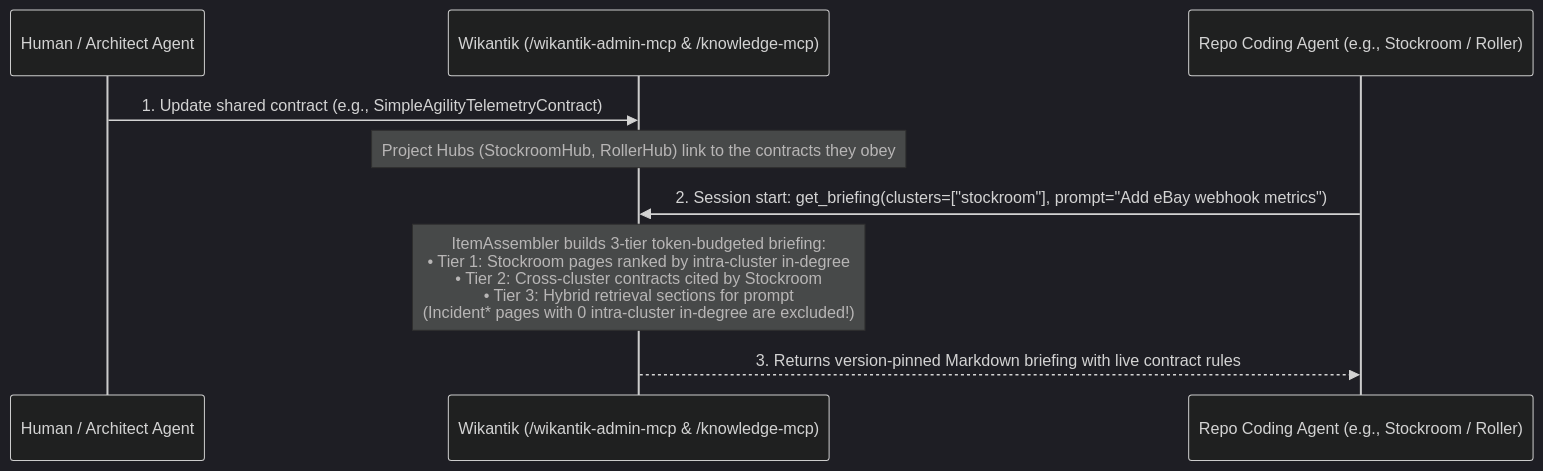
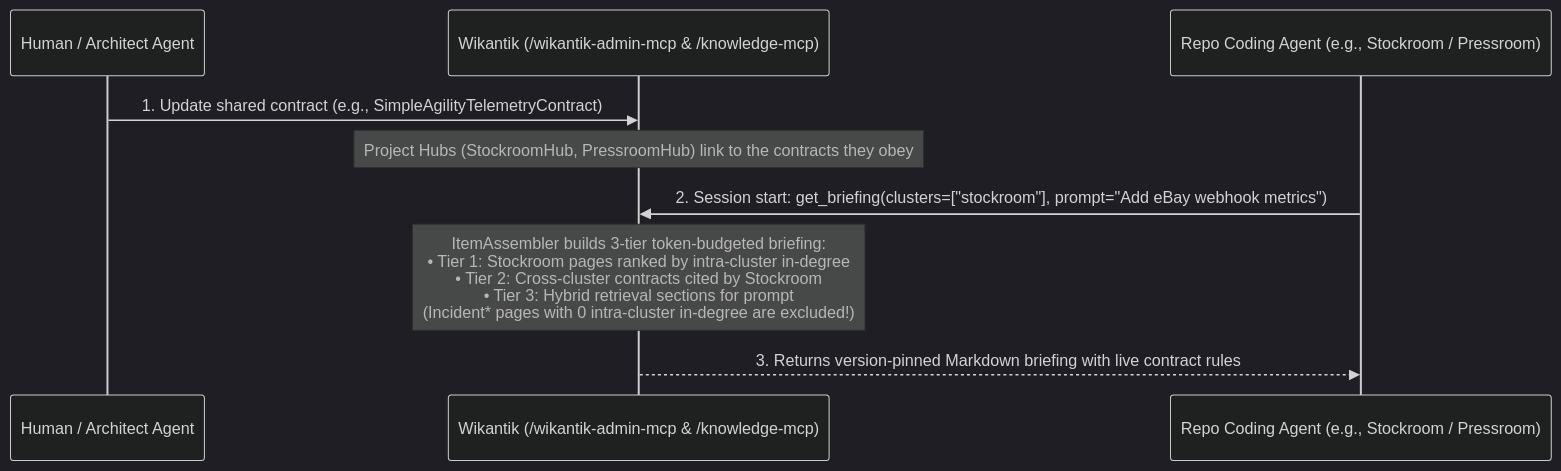
The second of 4 diagrams in docs/wikantik-pages/About.md (jakefearsd/wikantik), drawn with Mermaid (dark theme) before and after one commit. The commit also changed other lines of this file and 3 other files, not shown here.

````diff
--- a/docs/wikantik-pages/About.md
+++ b/docs/wikantik-pages/About.md
@@ -164,12 +164,12 @@
 ```mermaid
 sequenceDiagram
     participant Architect as Human / Architect Agent
     participant Wiki as Wikantik (/wikantik-admin-mcp & /knowledge-mcp)
-    participant CodingAgent as Repo Coding Agent (e.g., Stockroom / Roller)
+    participant CodingAgent as Repo Coding Agent (e.g., Stockroom / Pressroom)
 
     Architect->>Wiki: 1. Update shared contract (e.g., SimpleAgilityTelemetryContract)
-    Note over Wiki: Project Hubs (StockroomHub, RollerHub) link to the contracts they obey
+    Note over Wiki: Project Hubs (StockroomHub, PressroomHub) link to the contracts they obey
     CodingAgent->>Wiki: 2. Session start: get_briefing(clusters=["stockroom"], prompt="Add eBay webhook metrics")
     Note over Wiki: ItemAssembler builds 3-tier token-budgeted briefing:<br/>• Tier 1: Stockroom pages ranked by intra-cluster in-degree<br/>• Tier 2: Cross-cluster contracts cited by Stockroom<br/>• Tier 3: Hybrid retrieval sections for prompt<br/>(Incident* pages with 0 intra-cluster in-degree are excluded!)
     Wiki-->>CodingAgent: 3. Returns version-pinned Markdown briefing with live contract rules
 ```
````
